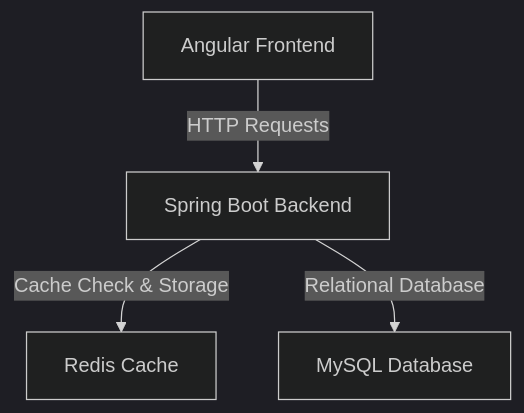
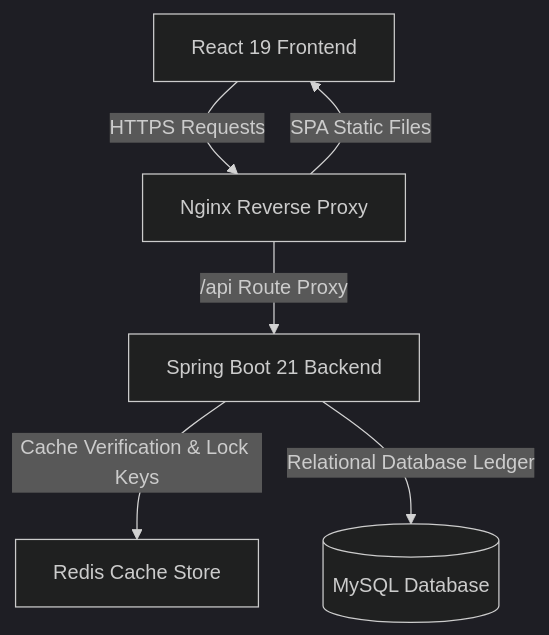
One commit to Pandi-IT/Mini-Banking-Application changed the first of 2 diagrams in README.md. Above: the diagram before and after it, drawn with Mermaid (dark theme). The commit also changed other lines of this file and 119 other files, not shown here.

````diff
--- a/README.md
+++ b/README.md
@@ -18,6 +11,8 @@
 ```mermaid
 graph TD
-    Client[Angular Frontend] -->|HTTP Requests| AppServer[Spring Boot Backend]
-    AppServer -->|Cache Check & Storage| Cache[Redis Cache]
-    AppServer -->|Relational Database| DB[MySQL Database]
+    Client[React 19 Frontend] -->|HTTPS Requests| Nginx[Nginx Reverse Proxy]
+    Nginx -->|SPA Static Files| Client
+    Nginx -->|/api Route Proxy| Backend[Spring Boot 21 Backend]
+    Backend -->|Cache Verification & Lock Keys| Cache[Redis Cache Store]
+    Backend -->|Relational Database Ledger| DB[(MySQL Database)]
 ```
````
